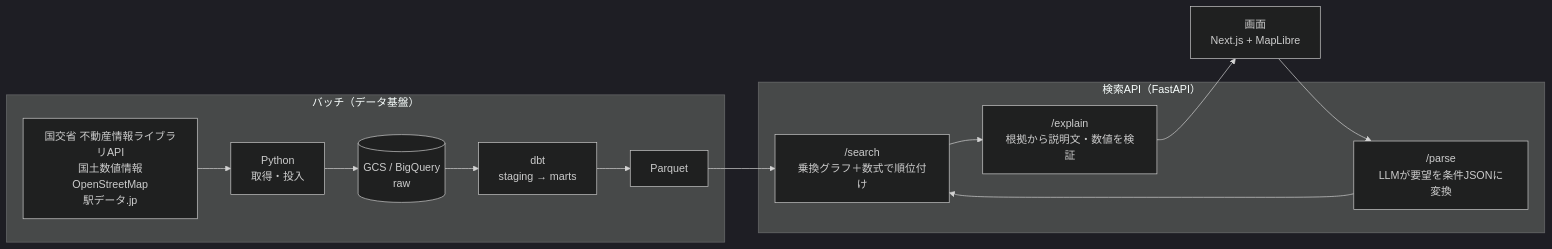
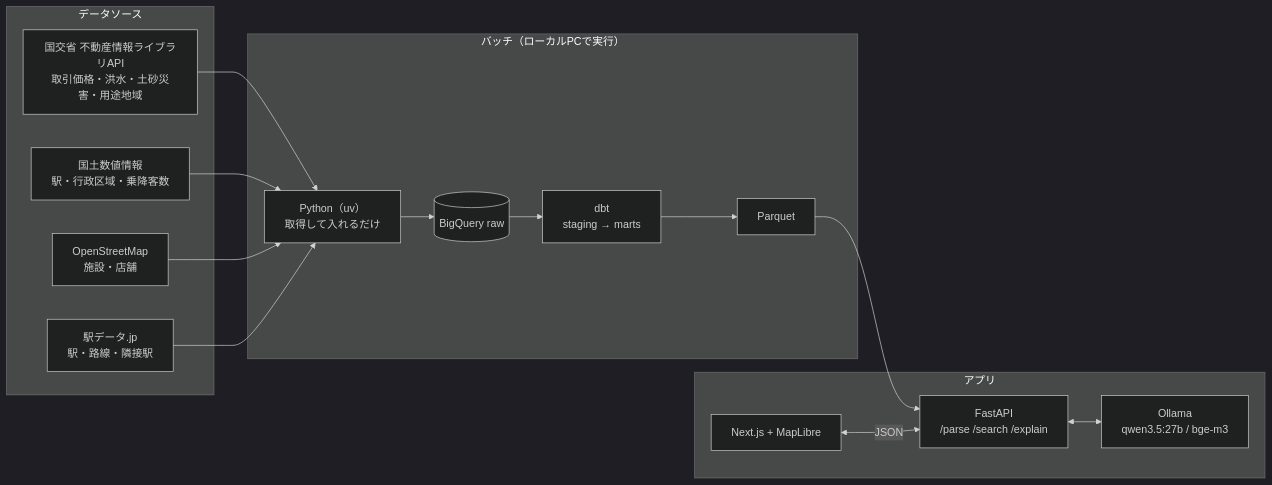
One commit to zawaf0527-cmd/sumai-search changed the diagram in README.md. Above: the diagram before and after it, drawn with Mermaid (dark theme). The commit also changed other lines of this file and 1 other file, not shown here.

````diff
--- a/README.md
+++ b/README.md
@@ -28,16 +31,23 @@
 ```mermaid
 flowchart LR
-  subgraph BATCH["バッチ（データ基盤）"]
-    SRC["国交省 不動産情報ライブラリAPI<br/>国土数値情報<br/>OpenStreetMap<br/>駅データ.jp"] --> PY["Python<br/>取得・投入"]
-    PY --> RAW[("GCS / BigQuery<br/>raw")]
-    RAW --> DBT["dbt<br/>staging → marts"]
-    DBT --> PQ["Parquet"]
+  subgraph SRC["データソース"]
+    A["国交省 不動産情報ライブラリAPI<br/>取引価格・洪水・土砂災害・用途地域"]
+    B["国土数値情報<br/>駅・行政区域・乗降客数"]
+    C["OpenStreetMap<br/>施設・店舗"]
+    D["駅データ.jp<br/>駅・路線・隣接駅"]
   end
-  subgraph API["検索API（FastAPI）"]
-    PARSE["/parse<br/>LLMが要望を条件JSONに変換"]
-    SEARCH["/search<br/>乗換グラフ＋数式で順位付け"]
-    EXPLAIN["/explain<br/>根拠から説明文・数値を検証"]
+  subgraph BATCH["バッチ（ローカルPCで実行）"]
+    P["Python（uv）<br/>取得して入れるだけ"]
+    R[("BigQuery raw")]
+    T["dbt<br/>staging → marts"]
+    Q["Parquet"]
   end
-  UI["画面<br/>Next.js + MapLibre"] --> PARSE --> SEARCH --> EXPLAIN --> UI
-  PQ --> SEARCH
+  subgraph APP["アプリ"]
+    API["FastAPI<br/>/parse /search /explain"]
+    LLM["Ollama<br/>qwen3.5:27b / bge-m3"]
+    WEB["Next.js + MapLibre"]
+  end
+  A & B & C & D --> P --> R --> T --> Q --> API
+  API <--> LLM
+  WEB <-->|"JSON"| API
 ```
````
